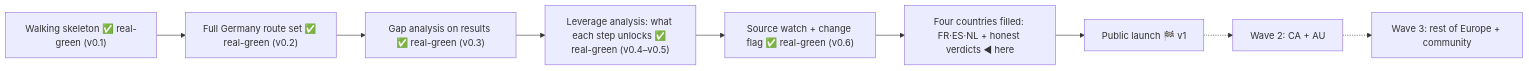
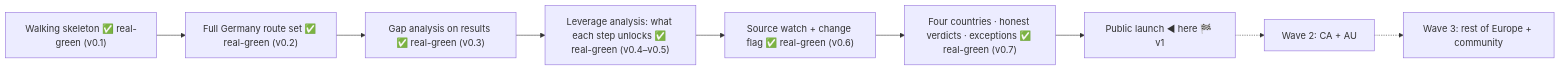
Before and after one commit to OytunOnal/permit-rulebook: the diagram in KANBAN.md, drawn with Mermaid. The commit also changed other lines of this file and 3 other files, not shown here.

Commit message:
v0.7: s5/s5b/s5c real-green after the human scenario walk

````diff
--- a/KANBAN.md
+++ b/KANBAN.md
@@ -8,11 +8,11 @@
 ```mermaid
 flowchart LR
     A["Walking skeleton ✅ real-green (v0.1)"] --> B["Full Germany route set ✅ real-green (v0.2)"]
     B --> C["Gap analysis on results ✅ real-green (v0.3)"]
     C --> C2["Leverage analysis: what each step unlocks ✅ real-green (v0.4–v0.5)"]
     C2 --> D["Source watch + change flag ✅ real-green (v0.6)"]
-    D --> E["Four countries filled: FR·ES·NL + honest verdicts ◀ here"]
-    E --> F["Public launch 🏁 v1"]
+    D --> E["Four countries · honest verdicts · exceptions ✅ real-green (v0.7)"]
+    E --> F["Public launch ◀ here 🏁 v1"]
     F -.-> G["Wave 2: CA + AU"]
     G -.-> H["Wave 3: rest of Europe + community"]
 ```
````
